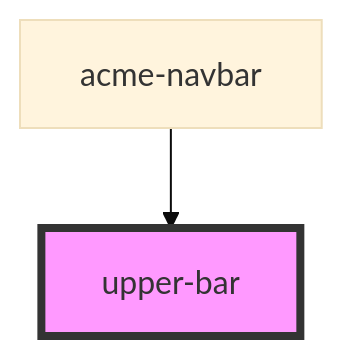
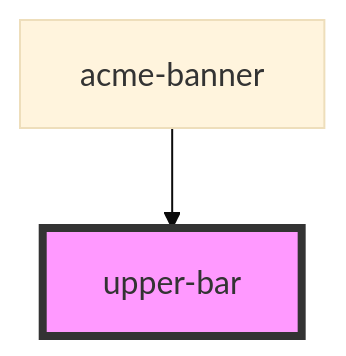
One commit to LucaArgentieri/ACME-Enterprise changed the diagram in src/components/upper-bar/readme.md. Above: the diagram before and after it, drawn with Mermaid (base theme). The commit also changed other lines of this file and 7 other files, not shown here.

````diff
--- a/src/components/upper-bar/readme.md
+++ b/src/components/upper-bar/readme.md
@@ -23,5 +23,5 @@
 ```mermaid
 graph TD;
-  acme-navbar --> upper-bar
+  acme-banner --> upper-bar
   style upper-bar fill:#f9f,stroke:#333,stroke-width:4px
 ```
````
